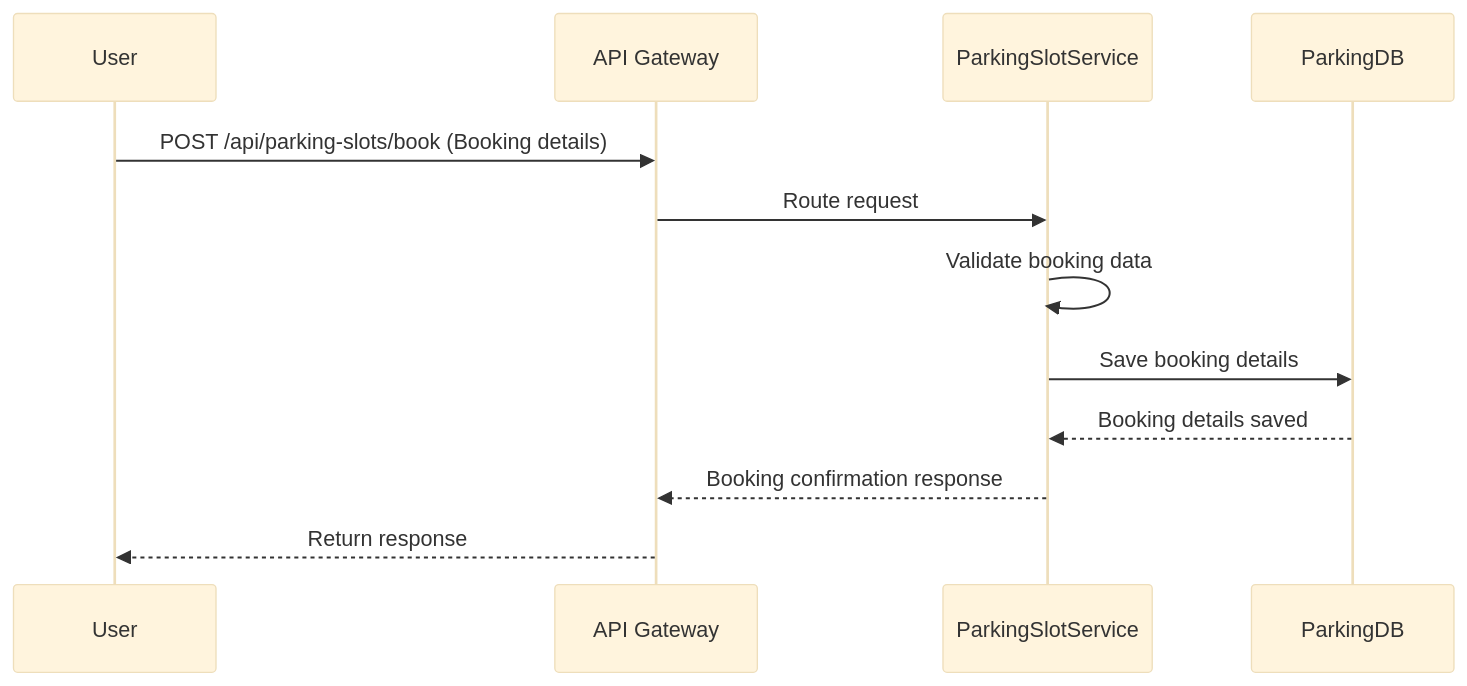
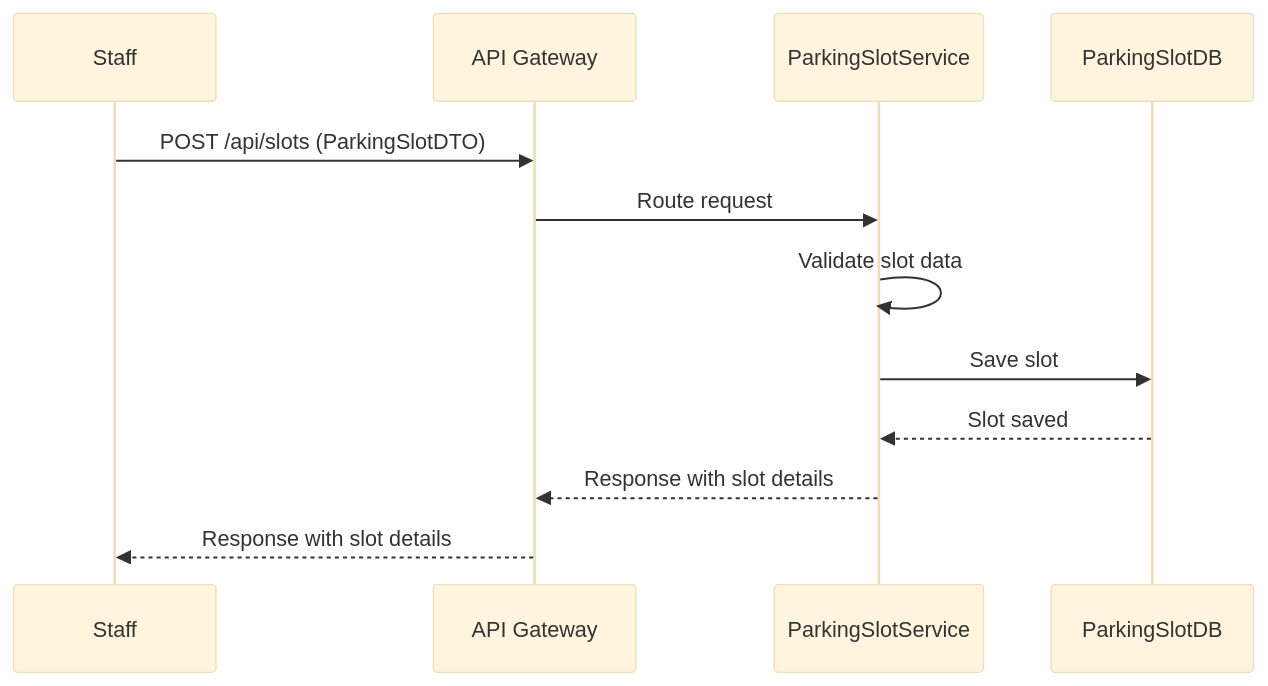
Before and after one commit to bharadwajm101/ParkingModule: the second of 2 diagrams in README.md, drawn with Mermaid (base theme). The commit also changed other lines of this file and 1 other file, not shown here.

````diff
--- a/README.md
+++ b/README.md
@@ -135,15 +116,15 @@
 ```mermaid
 sequenceDiagram
-    participant User
+    participant Staff
     participant API Gateway
     participant ParkingSlotService
-    participant ParkingDB
+    participant ParkingSlotDB
 
-    User->>API Gateway: POST /api/parking-slots/book (Booking details)
+    Staff->>API Gateway: POST /api/slots (ParkingSlotDTO)
     API Gateway->>ParkingSlotService: Route request
-    ParkingSlotService->>ParkingSlotService: Validate booking data
-    ParkingSlotService->>ParkingDB: Save booking details
-    ParkingDB-->>ParkingSlotService: Booking details saved
-    ParkingSlotService-->>API Gateway: Booking confirmation response
-    API Gateway-->>User: Return response
+    ParkingSlotService->>ParkingSlotService: Validate slot data
+    ParkingSlotService->>ParkingSlotDB: Save slot
+    ParkingSlotDB-->>ParkingSlotService: Slot saved
+    ParkingSlotService-->>API Gateway: Response with slot details
+    API Gateway-->>Staff: Response with slot details
 ```
````
